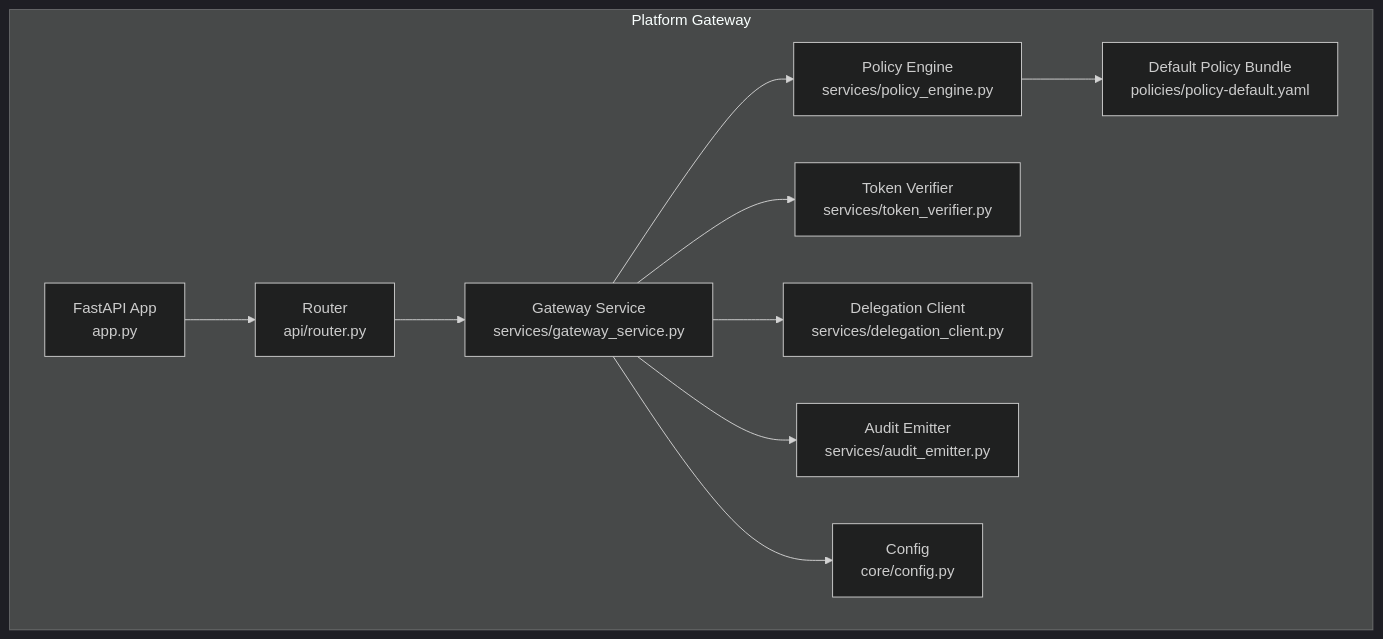
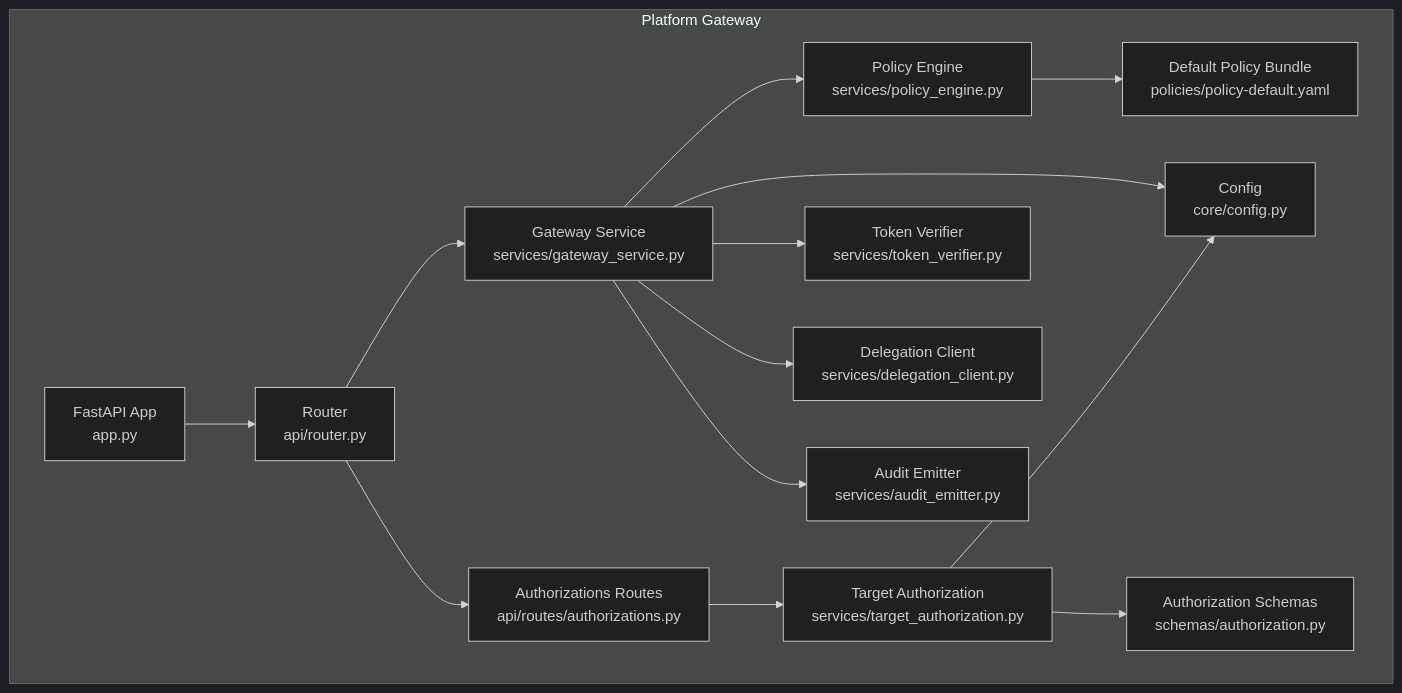
The first of 12 diagrams in .qoder/repowiki/en/content/Core Services/Platform Gateway/Platform Gateway.md (metasync/luban-aiops), drawn with Mermaid (dark theme) before and after one commit. The commit also changed other lines of this file and 215 other files, not shown here.

````diff
--- a/.qoder/repowiki/en/content/Core Services/Platform Gateway/Platform Gateway.md
+++ b/.qoder/repowiki/en/content/Core Services/Platform Gateway/Platform Gateway.md
@@ -54,22 +66,29 @@
 ```mermaid
 graph TB
 subgraph "Platform Gateway"
 A["FastAPI App<br/>app.py"]
 B["Router<br/>api/router.py"]
 C["Gateway Service<br/>services/gateway_service.py"]
 D["Policy Engine<br/>services/policy_engine.py"]
 E["Token Verifier<br/>services/token_verifier.py"]
 F["Delegation Client<br/>services/delegation_client.py"]
 G["Audit Emitter<br/>services/audit_emitter.py"]
-H["Config<br/>core/config.py"]
-I["Default Policy Bundle<br/>policies/policy-default.yaml"]
+H["Target Authorization<br/>services/target_authorization.py"]
+I["Config<br/>core/config.py"]
+J["Default Policy Bundle<br/>policies/policy-default.yaml"]
+K["Authorizations Routes<br/>api/routes/authorizations.py"]
+L["Authorization Schemas<br/>schemas/authorization.py"]
 end
 A --> B
 B --> C
+B --> K
+K --> H
 C --> D
 C --> E
 C --> F
 C --> G
-D --> I
-C --> H
+D --> J
+C --> I
+H --> I
+H --> L
 ```
````
